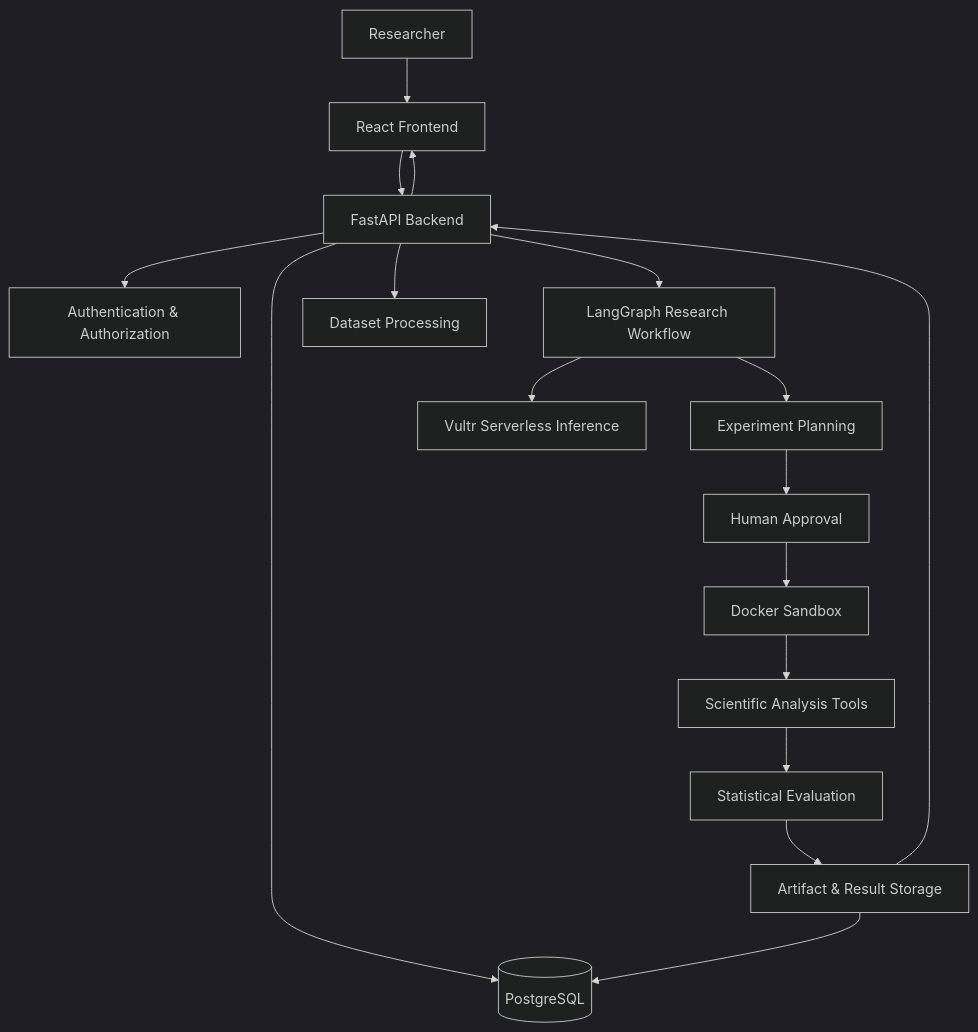
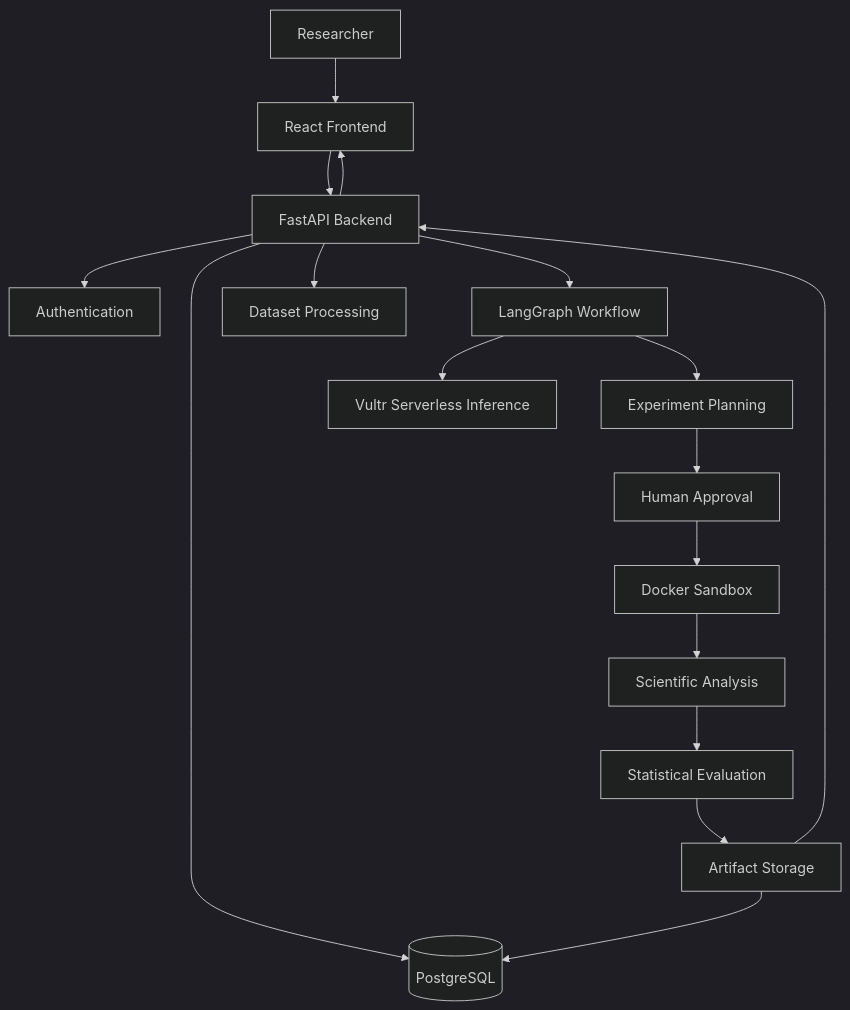
The diagram in README.md (BakhtawarTasawar/NeuroForge-AI-Vultr-Agent-Rush), drawn with Mermaid (dark theme) before and after one commit. The commit also changed other lines of this file, not shown here.

````diff
--- a/README.md
+++ b/README.md
@@ -162,24 +106,19 @@
 ```mermaid
 flowchart TD
     U[Researcher] --> FE[React Frontend]
     FE --> API[FastAPI Backend]
-
-    API --> AUTH[Authentication & Authorization]
+    API --> AUTH[Authentication]
     API --> DB[(PostgreSQL)]
     API --> DS[Dataset Processing]
-    API --> RG[LangGraph Research Workflow]
-
+    API --> RG[LangGraph Workflow]
     RG --> VI[Vultr Serverless Inference]
     RG --> PLAN[Experiment Planning]
     PLAN --> APPROVAL[Human Approval]
-
     APPROVAL --> SB[Docker Sandbox]
-    SB --> TOOLS[Scientific Analysis Tools]
+    SB --> TOOLS[Scientific Analysis]
     TOOLS --> STATS[Statistical Evaluation]
-
-    STATS --> STORAGE[Artifact & Result Storage]
+    STATS --> STORAGE[Artifact Storage]
     STORAGE --> DB
     STORAGE --> API
-
     API --> FE
 ```
````
